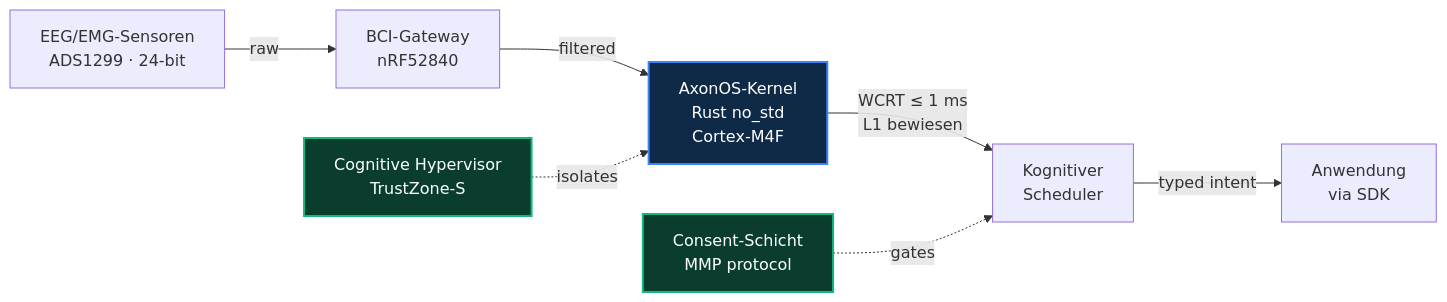
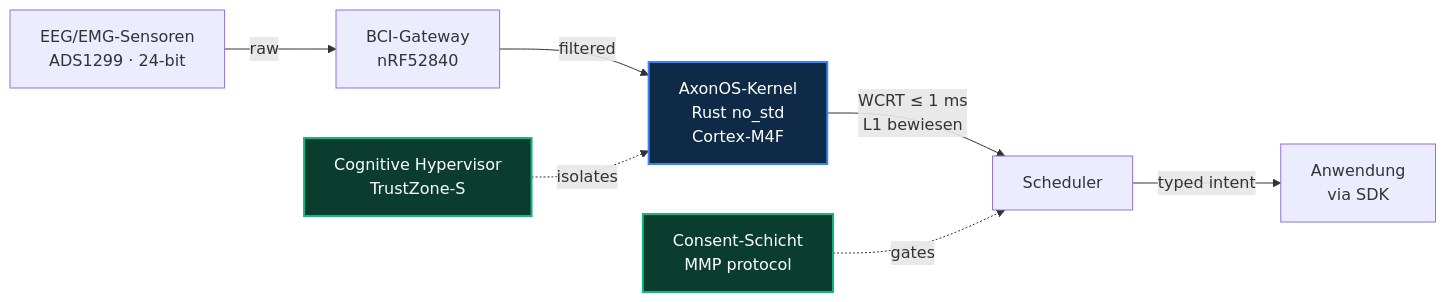
One commit to AxonOS-org/.github changed the diagram in profile/README.de.md. Above: the diagram before and after it, drawn with Mermaid. The commit also changed other lines of this file and 16 other files, not shown here.

````diff
--- a/profile/README.de.md
+++ b/profile/README.de.md
@@ -121,14 +124,14 @@
 ```mermaid
 flowchart LR
     A[EEG/EMG-Sensoren<br/>ADS1299 · 24-bit] -->|raw| B[BCI-Gateway<br/>nRF52840]
     B -->|filtered| C[AxonOS-Kernel<br/>Rust no_std<br/>Cortex-M4F]
-    C -->|"WCRT ≤ 1 ms<br/>L1 bewiesen"| D[Kognitiver<br/>Scheduler]
+    C -->|"WCRT ≤ 1 ms<br/>L1 bewiesen"| D[Scheduler]
     D -->|typed intent| E[Anwendung<br/>via SDK]
     F[Cognitive Hypervisor<br/>TrustZone-S] -.->|isolates| C
     G[Consent-Schicht<br/>MMP protocol] -.->|gates| D
 
     classDef kernel fill:#0e2a47,stroke:#3b82f6,color:#fff,stroke-width:2px
     classDef secure fill:#0a3d2e,stroke:#10b981,color:#fff,stroke-width:2px
     class C kernel
     class F,G secure
 ```
````
